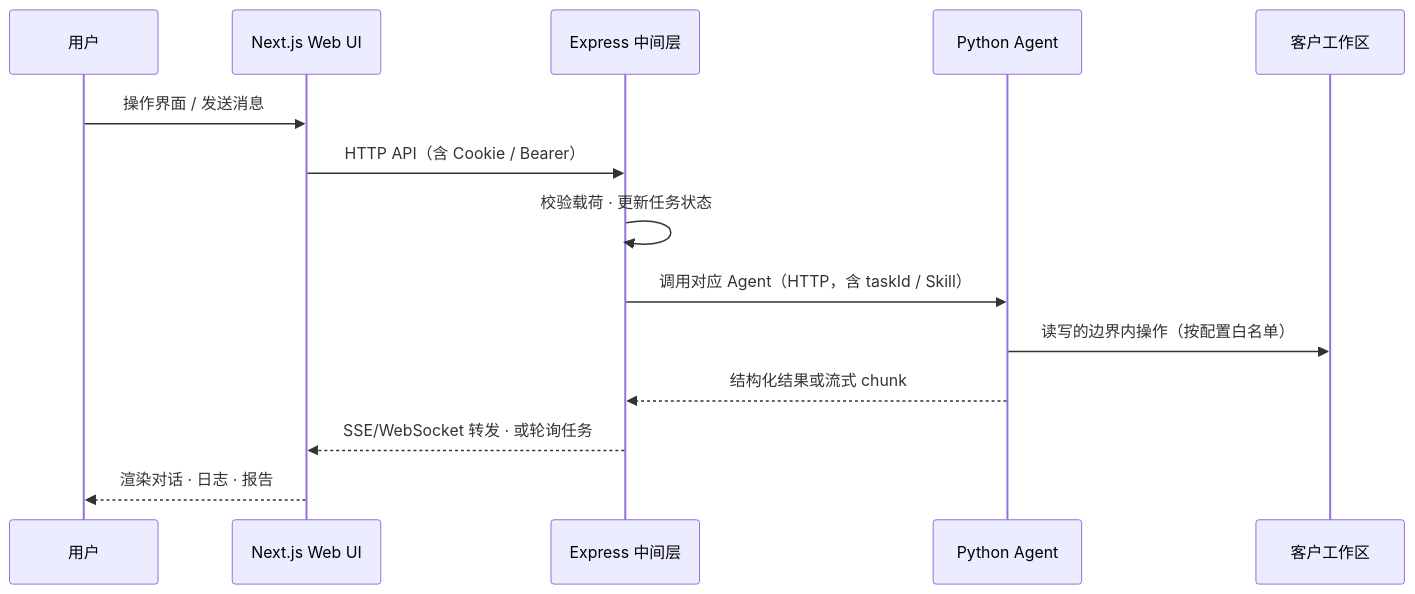
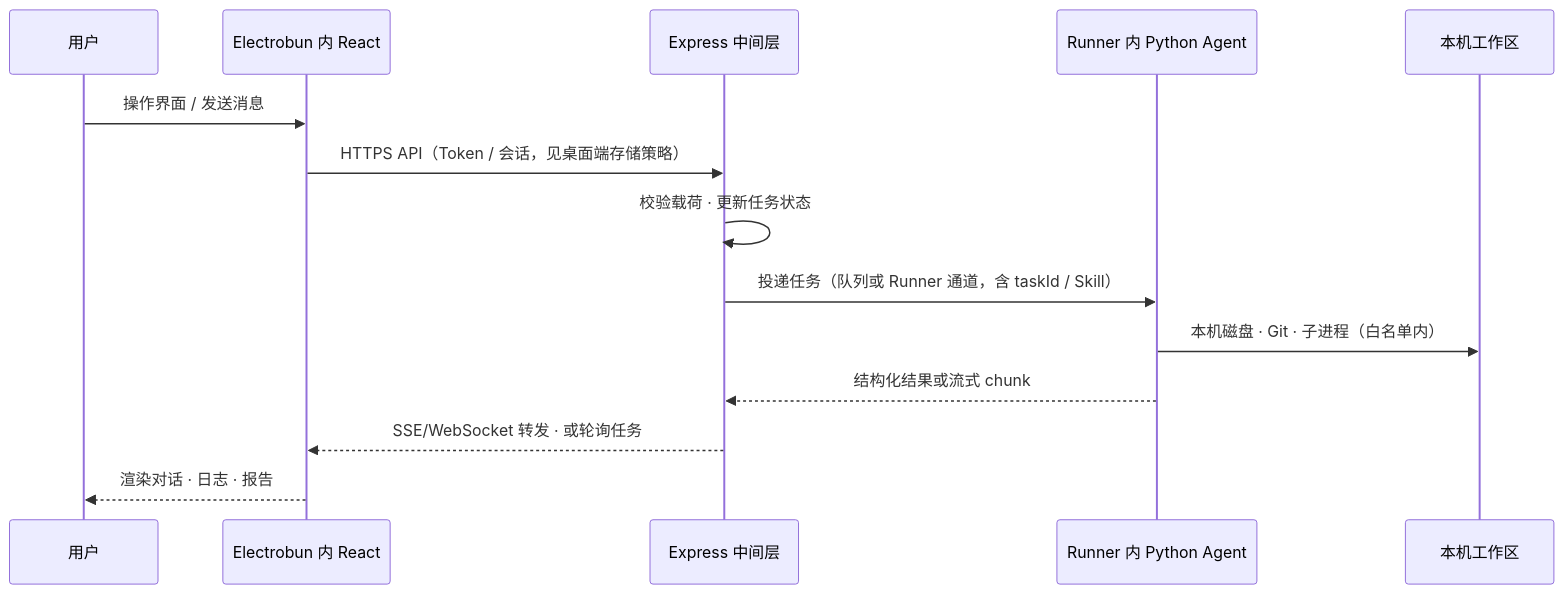
The second of 5 diagrams in README.md (panzhanfei/agents-monorepo), drawn with Mermaid before and after one commit. The commit also changed other lines of this file, not shown here.

Commit message:
基本有了大概得 流程 架构图

````diff
--- a/README.md
+++ b/README.md
@@ -92,17 +159,17 @@
 ```mermaid
 sequenceDiagram
   participant U as 用户
-  participant N as Next.js Web UI
+  participant N as Electrobun 内 React
   participant X as Express 中间层
-  participant P as Python Agent
-  participant W as 客户工作区
+  participant P as Runner 内 Python Agent
+  participant W as 本机工作区
 
   U->>N: 操作界面 / 发送消息
-  N->>X: HTTP API（含 Cookie / Bearer）
+  N->>X: HTTPS API（Token / 会话，见桌面端存储策略）
   X->>X: 校验载荷 · 更新任务状态
-  X->>P: 调用对应 Agent（HTTP，含 taskId / Skill）
-  P->>W: 读写的边界内操作（按配置白名单）
+  X->>P: 投递任务（队列或 Runner 通道，含 taskId / Skill）
+  P->>W: 本机磁盘 · Git · 子进程（白名单内）
   P-->>X: 结构化结果或流式 chunk
   X-->>N: SSE/WebSocket 转发 · 或轮询任务
   N-->>U: 渲染对话 · 日志 · 报告
 ```
````
